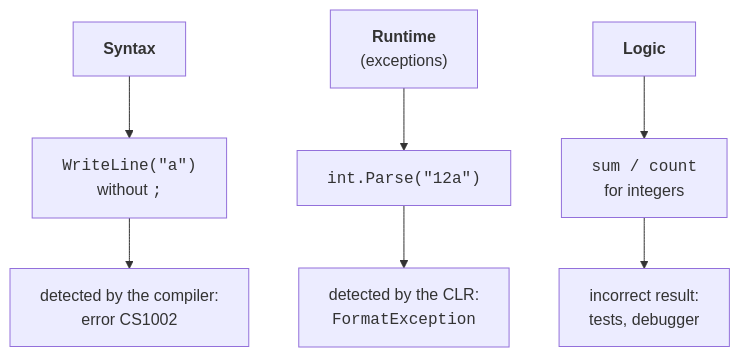
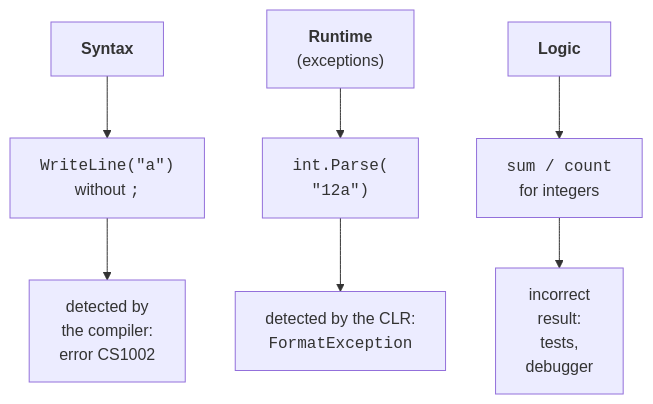
The diagram in src/courses/csharp/06-debugging-exceptions/debugger.md (musicvano/Blog), drawn with Mermaid before and after one commit. The commit also changed other lines of this file and 583 other files, not shown here.

````diff
--- a/src/courses/csharp/06-debugging-exceptions/debugger.md
+++ b/src/courses/csharp/06-debugging-exceptions/debugger.md
@@ -18,6 +18,6 @@
 ```mermaid
 flowchart TD
-  S1["<b>Syntax</b>"] --> S2["<code>WriteLine(#quot;a#quot;)</code><br>without <code>;</code>"] --> S3["detected by the compiler:<br>error CS1002"]
-  R1["<b>Runtime</b><br>(exceptions)"] --> R2["<code>int.Parse(#quot;12a#quot;)</code>"] --> R3["detected by the CLR:<br><code>FormatException</code>"]
-  L1["<b>Logic</b>"] --> L2["<code>sum / count</code><br>for integers"] --> L3["incorrect result:<br>tests, debugger"]
+  S1["<b>Syntax</b>"] --> S2["<code>WriteLine(#quot;a#quot;)</code><br>without <code>;</code>"] --> S3["detected by<br>the compiler:<br>error CS1002"]
+  R1["<b>Runtime</b><br>(exceptions)"] --> R2["<code>int.Parse(</code><br><code>#quot;12a#quot;)</code>"] --> R3["detected by the CLR:<br><code>FormatException</code>"]
+  L1["<b>Logic</b>"] --> L2["<code>sum / count</code><br>for integers"] --> L3["incorrect<br>result:<br>tests,<br>debugger"]
 ```
````
